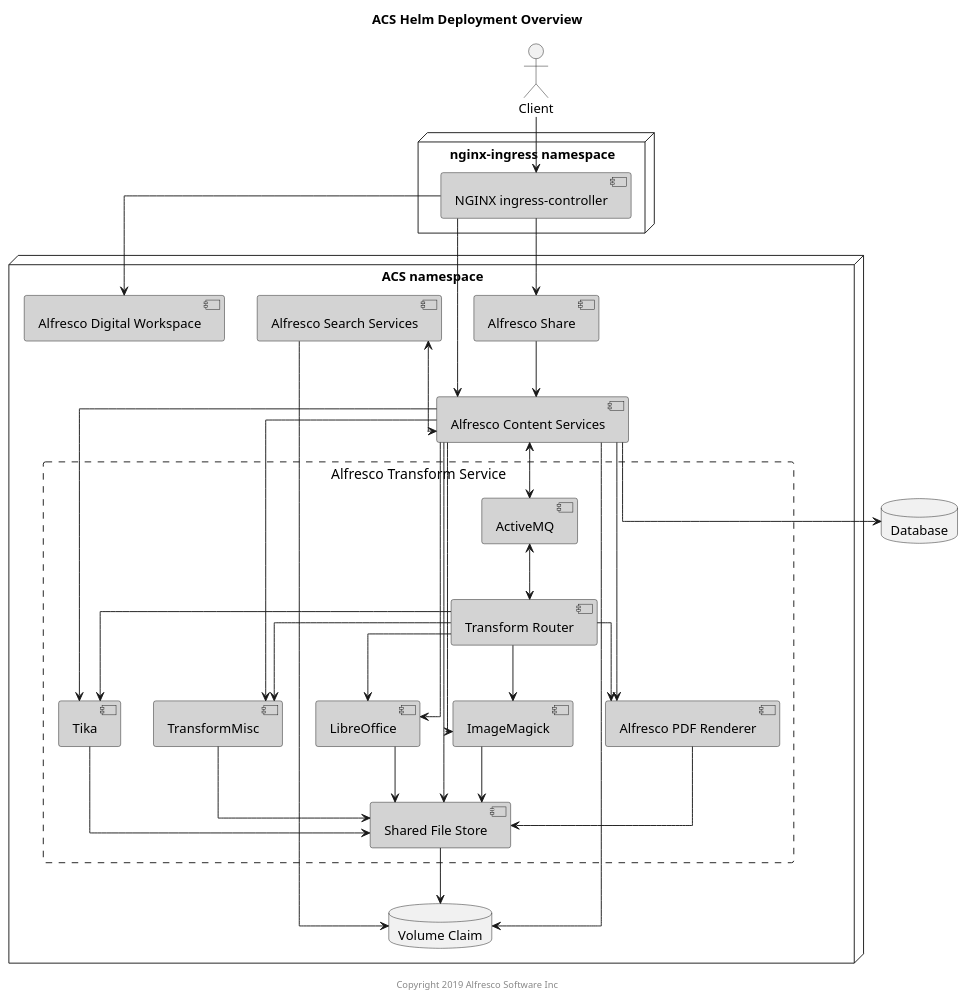
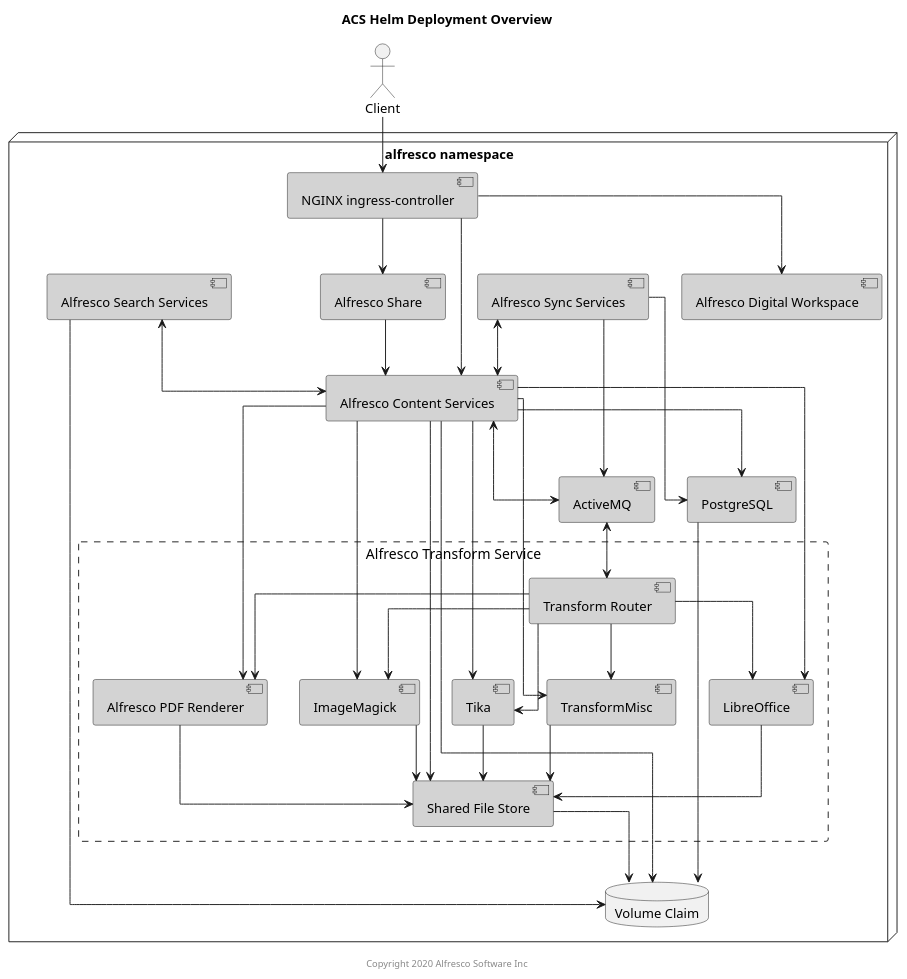
One commit to Alfresco/acs-deployment changed the diagram in docs/helm/diagrams/helm-components.puml. Above: the diagram before and after it, drawn with PlantUML. The commit also changed 16 other files, not shown here.

Commit message:
Added steps to deploy and use Amazon MQ, updated all component diagrams.

```diff
--- a/docs/helm/diagrams/helm-components.puml
+++ b/docs/helm/diagrams/helm-components.puml
@@ -1,73 +1,75 @@
 @startuml
 
 Title: ACS Helm Deployment Overview
 
 skinparam componentStyle uml2
 skinparam linetype ortho
 skinparam rectangle {
     BorderStyle dashed
     FontSize 15
     FontStyle none
 }
 
 actor Client
 
-node "nginx-ingress namespace" {
+node "alfresco namespace" {
     component "NGINX ingress-controller" as nginx #lightgrey
-}
-
-node "ACS namespace" {
     component "Alfresco Digital Workspace" as adw #lightgrey
     component "Alfresco Content Services" as acs #lightgrey
     component "Alfresco Search Services" as ass #lightgrey
+    component "Alfresco Sync Services" as sync #lightgrey
+    component "PostgreSQL" as psql #lightgrey
     component "Alfresco Share" as share #lightgrey
+    component "ActiveMQ" as amq #lightgrey
     database "Volume Claim" as vc
     rectangle "Alfresco Transform Service" {
         component "Transform Router" as tr #lightgrey
         component "Shared File Store" as sfs #lightgrey
-        component "ActiveMQ" as amq #lightgrey
         component "Alfresco PDF Renderer" as pdfr #lightgrey
         component "LibreOffice" as libr #lightgrey
         component "ImageMagick" as img #lightgrey
         component "Tika" as tika #lightgrey
         component "TransformMisc" as misc #lightgrey
     }
 }
-
-database "Database" as db
 
 Client --> nginx
 
 nginx --> acs
 nginx --> share
 nginx --> adw
 
 acs --> vc
 ass --> vc
+psql --> vc
 sfs --> vc
 
 ass <--> acs
-acs --> db
+acs --> psql
 acs --> pdfr
 acs --> libr
 acs --> img
 acs --> tika
 acs --> misc
 acs --> sfs
 acs <--> amq
 tr --> pdfr
 tr --> libr
 tr --> img
 tr --> tika
 tr --> misc
 tr <-up-> amq
 pdfr --> sfs
 libr --> sfs
 img --> sfs
 tika --> sfs
 misc --> sfs
 share --> acs
 
-center footer Copyright 2019 Alfresco Software Inc
+sync <--> acs
+sync --> psql
+sync --> amq
+
+center footer Copyright 2020 Alfresco Software Inc
 
 @enduml
```
